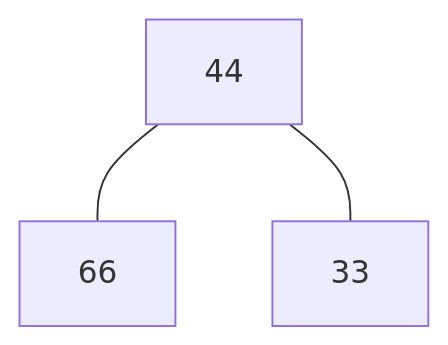
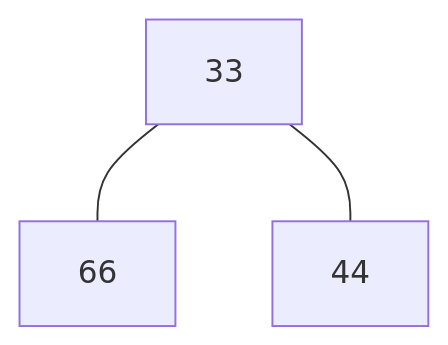
The third of 6 diagrams in 2. Letnik/Podatkovne strukture in algoritmi/vaje 8-12-2021.md (Tiggax/Zapiski), drawn with Mermaid before and after one commit. The commit also changed other lines of this file and 1 other file, not shown here.

````diff
--- a/2. Letnik/Podatkovne strukture in algoritmi/vaje 8-12-2021.md
+++ b/2. Letnik/Podatkovne strukture in algoritmi/vaje 8-12-2021.md
@@ -27,5 +27,5 @@
 ```mermaid
 graph TD
-44---66
-44---33
+33---66
+33---44
 ```
````
